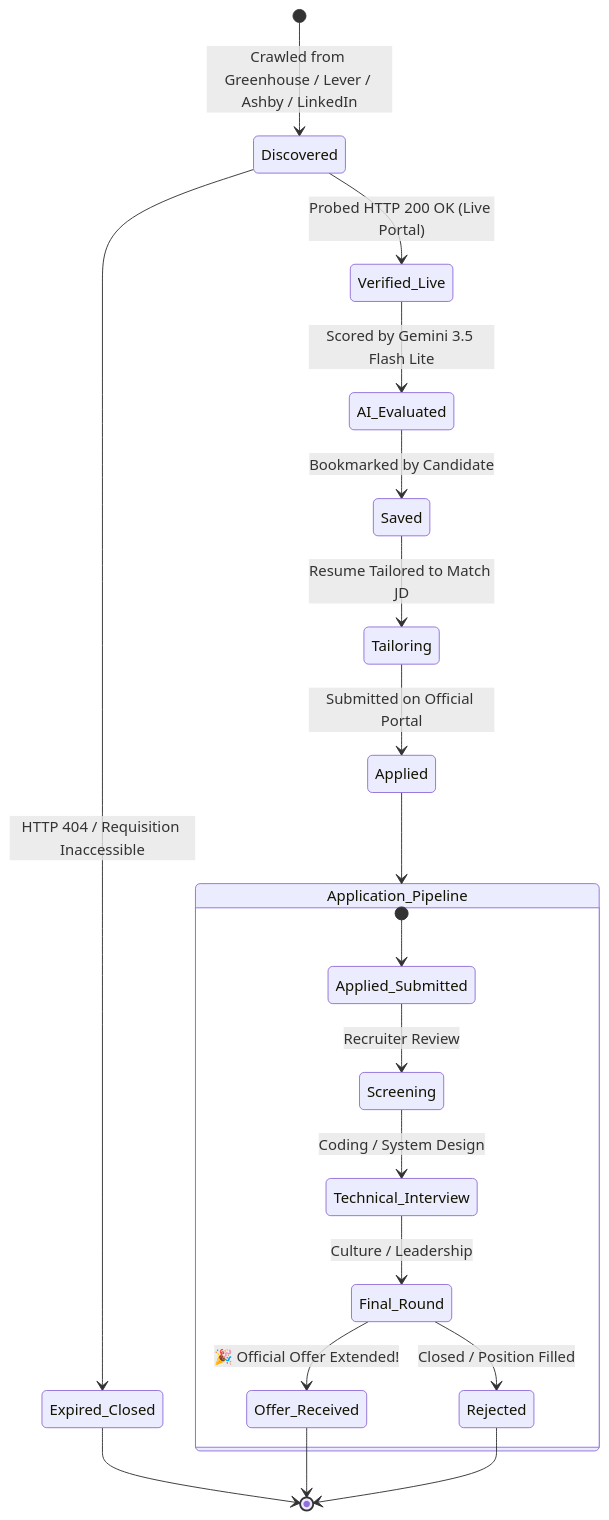
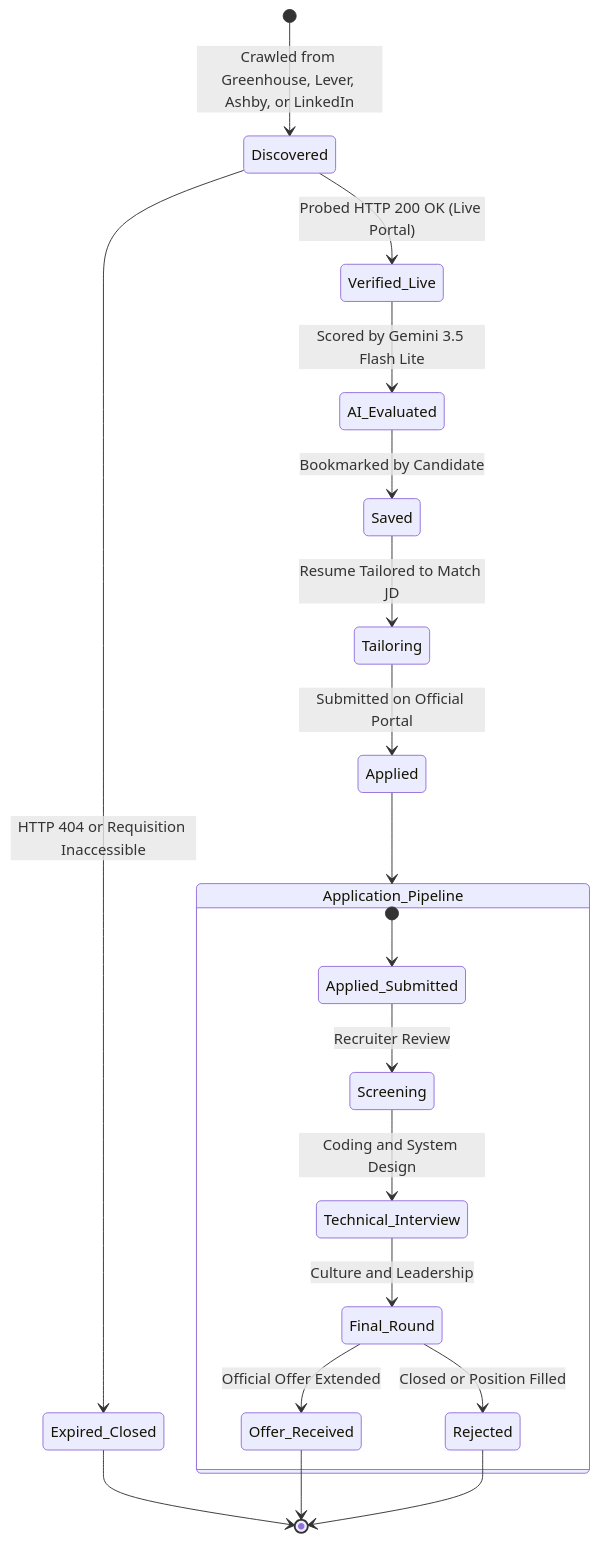
One commit to TusharSaini999/Resume-Saathi changed the second of 3 diagrams in Docs/CAREER_OPENINGS_AND_ATS_FEATURE_GUIDE.md. Above: the diagram before and after it, drawn with Mermaid. The commit also changed other lines of this file and 5 other files, not shown here.

Commit message:
docs: remove emojis from all Mermaid diagrams and wrap text cleanly

````diff
--- a/Docs/CAREER_OPENINGS_AND_ATS_FEATURE_GUIDE.md
+++ b/Docs/CAREER_OPENINGS_AND_ATS_FEATURE_GUIDE.md
@@ -47,25 +48,25 @@
 ```mermaid
 stateDiagram-v2
-  [*] --> Discovered: Crawled from Greenhouse / Lever / Ashby / LinkedIn
+  [*] --> Discovered: Crawled from Greenhouse, Lever, Ashby, or LinkedIn
   Discovered --> Verified_Live: Probed HTTP 200 OK (Live Portal)
-  Discovered --> Expired_Closed: HTTP 404 / Requisition Inaccessible
+  Discovered --> Expired_Closed: HTTP 404 or Requisition Inaccessible
   Expired_Closed --> [*]
   
   Verified_Live --> AI_Evaluated: Scored by Gemini 3.5 Flash Lite
   AI_Evaluated --> Saved: Bookmarked by Candidate
   Saved --> Tailoring: Resume Tailored to Match JD
   Tailoring --> Applied: Submitted on Official Portal
   
   state Application_Pipeline {
     [*] --> Applied_Submitted
     Applied_Submitted --> Screening: Recruiter Review
-    Screening --> Technical_Interview: Coding / System Design
-    Technical_Interview --> Final_Round: Culture / Leadership
-    Final_Round --> Offer_Received: 🎉 Official Offer Extended!
-    Final_Round --> Rejected: Closed / Position Filled
+    Screening --> Technical_Interview: Coding and System Design
+    Technical_Interview --> Final_Round: Culture and Leadership
+    Final_Round --> Offer_Received: Official Offer Extended
+    Final_Round --> Rejected: Closed or Position Filled
   }
 
   Applied --> Application_Pipeline
   Offer_Received --> [*]
   Rejected --> [*]
 ```
````
